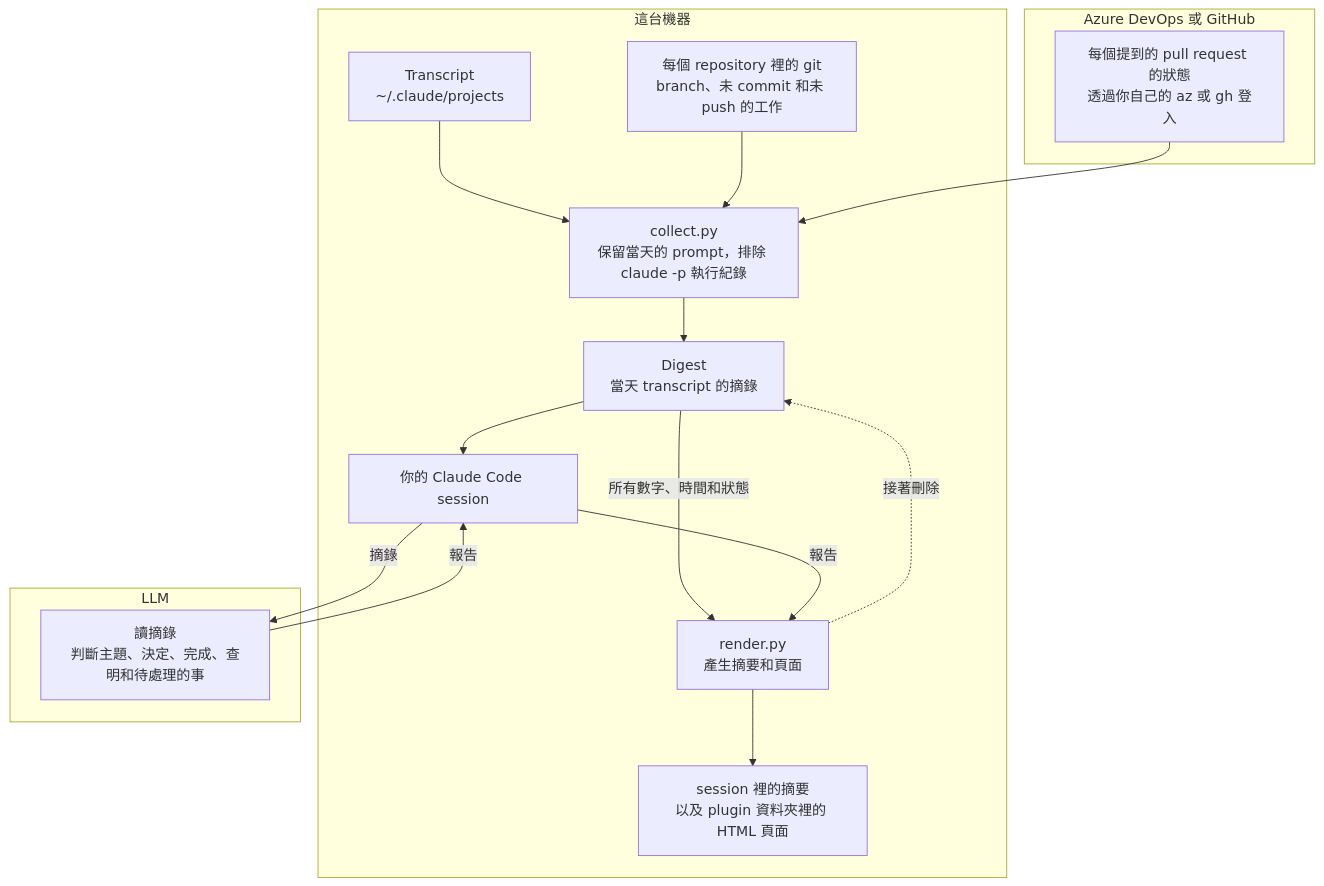
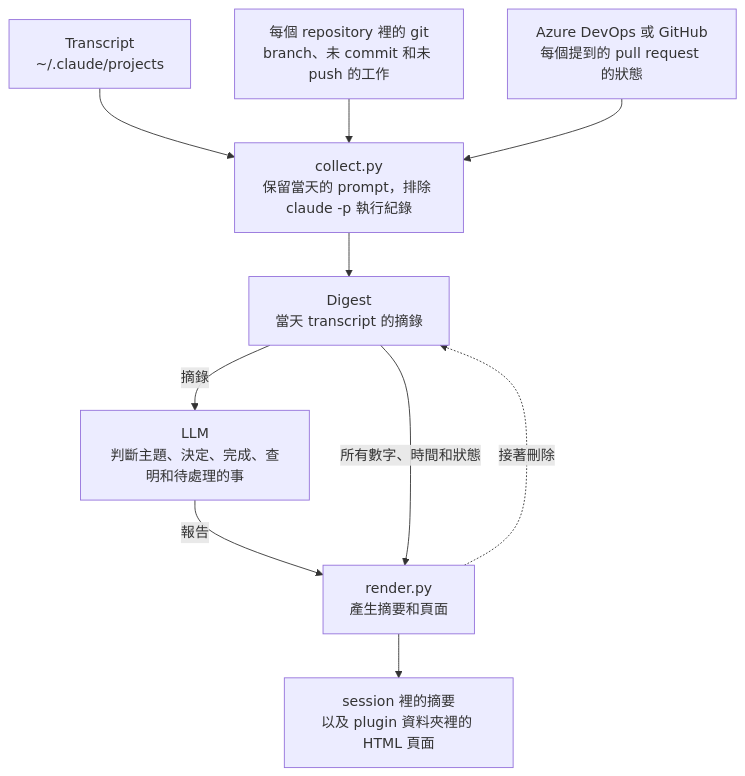
The diagram in plugins/remind-me/README.zh-TW.md (softwareone-platform/tundra), drawn with Mermaid before and after one commit. The commit also changed other lines of this file and 2 other files, not shown here.

Commit message:
show remind-me's flow without a fixed boundary

````diff
--- a/plugins/remind-me/README.zh-TW.md
+++ b/plugins/remind-me/README.zh-TW.md
@@ -41,22 +41,12 @@
 ```mermaid
 flowchart TB
-    subgraph machine["這台機器"]
-        transcripts["Transcript<br>~/.claude/projects"] --> collect
-        git["每個 repository 裡的 git<br>branch、未 commit 和未 push 的工作"] --> collect
-        collect["collect.py<br>保留當天的 prompt，排除 claude -p 執行紀錄"] --> digest["Digest<br>當天 transcript 的摘錄"]
-        digest --> session["你的 Claude Code session"]
-        digest -- 所有數字、時間和狀態 --> render["render.py<br>產生摘要和頁面"]
-        session -- 報告 --> render
-        render --> page["session 裡的摘要<br>以及 plugin 資料夾裡的 HTML 頁面"]
-        render -. 接著刪除 .-> digest
-    end
-    subgraph provider["LLM"]
-        model["讀摘錄<br>判斷主題、決定、完成、查明和待處理的事"]
-    end
-    subgraph host["Azure DevOps 或 GitHub"]
-        remote["每個提到的 pull request 的狀態<br>透過你自己的 az 或 gh 登入"]
-    end
-    session -- 摘錄 --> model
-    model -- 報告 --> session
-    remote --> collect
+    transcripts["Transcript<br>~/.claude/projects"] --> collect
+    git["每個 repository 裡的 git<br>branch、未 commit 和未 push 的工作"] --> collect
+    remote["Azure DevOps 或 GitHub<br>每個提到的 pull request 的狀態"] --> collect
+    collect["collect.py<br>保留當天的 prompt，排除 claude -p 執行紀錄"] --> digest["Digest<br>當天 transcript 的摘錄"]
+    digest -- 摘錄 --> model["LLM<br>判斷主題、決定、完成、查明和待處理的事"]
+    model -- 報告 --> render["render.py<br>產生摘要和頁面"]
+    digest -- 所有數字、時間和狀態 --> render
+    render --> page["session 裡的摘要<br>以及 plugin 資料夾裡的 HTML 頁面"]
+    render -. 接著刪除 .-> digest
 ```
````
